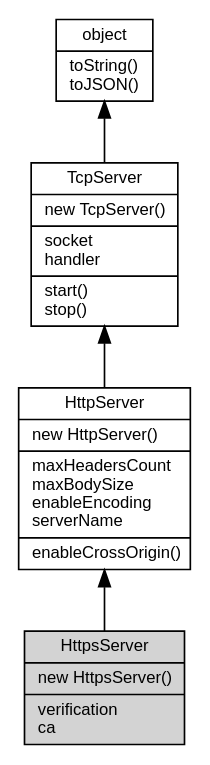
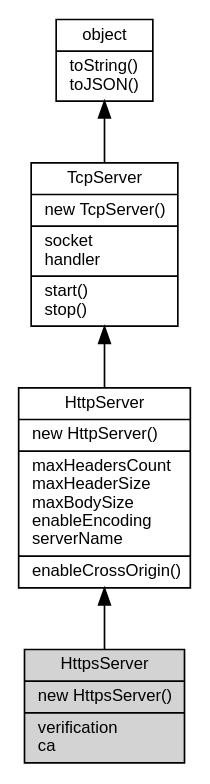
Before and after one commit to fibjs/fibjs.org: the diagram in docs/manual/object/ifs/HttpsServer.md, drawn with Graphviz. The commit also changed other lines of this file and 13 other files, not shown here.

````diff
--- a/docs/manual/object/ifs/HttpsServer.md
+++ b/docs/manual/object/ifs/HttpsServer.md
@@ -34,14 +34,14 @@
 ```dot
 digraph {
     node [fontname="Helvetica,sans-Serif", fontsize=10, shape="record", style="filled", fillcolor="white"];
 
     object [tooltip="object", URL="object.md", label="{object|toString()\ltoJSON()\l}"];
     TcpServer [tooltip="TcpServer", URL="TcpServer.md", label="{TcpServer|new TcpServer()\l|socket\lhandler\l|start()\lstop()\l}"];
-    HttpServer [tooltip="HttpServer", URL="HttpServer.md", label="{HttpServer|new HttpServer()\l|maxHeadersCount\lmaxBodySize\lenableEncoding\lserverName\l|enableCrossOrigin()\l}"];
+    HttpServer [tooltip="HttpServer", URL="HttpServer.md", label="{HttpServer|new HttpServer()\l|maxHeadersCount\lmaxHeaderSize\lmaxBodySize\lenableEncoding\lserverName\l|enableCrossOrigin()\l}"];
     HttpsServer [tooltip="HttpsServer", fillcolor="lightgray", id="me", label="{HttpsServer|new HttpsServer()\l|verification\lca\l}"];
 
     object -> TcpServer [dir=back];
     TcpServer -> HttpServer [dir=back];
     HttpServer -> HttpsServer [dir=back];
 }
 ```
````
